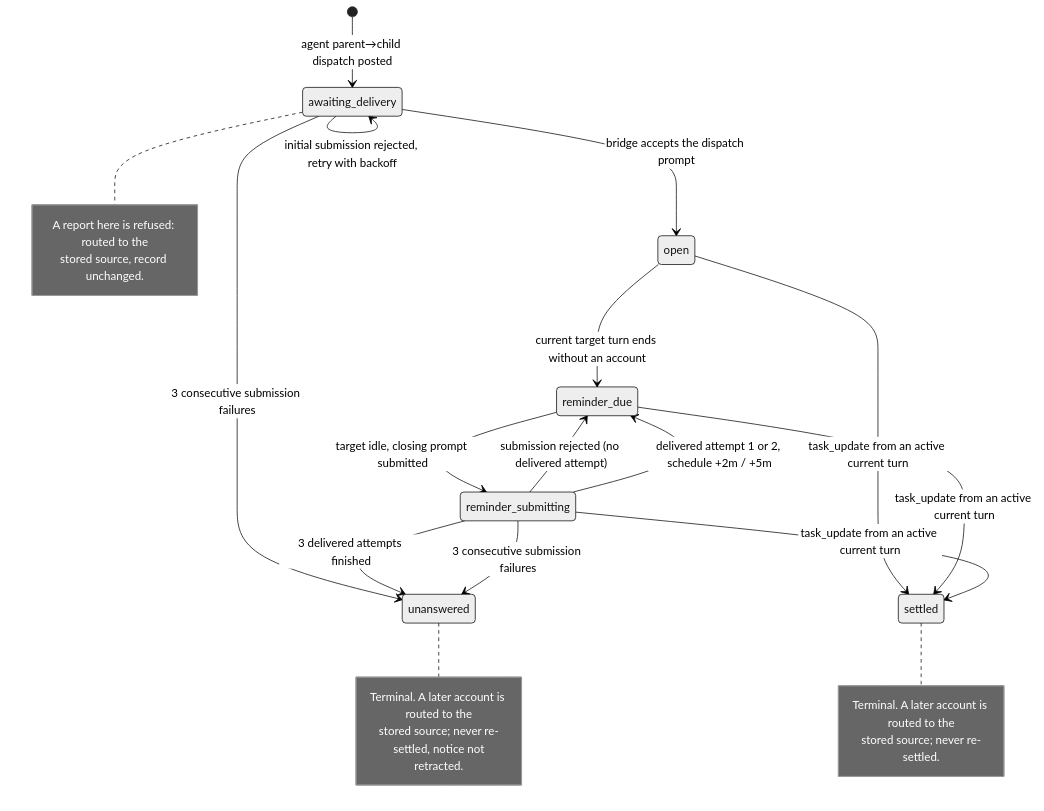
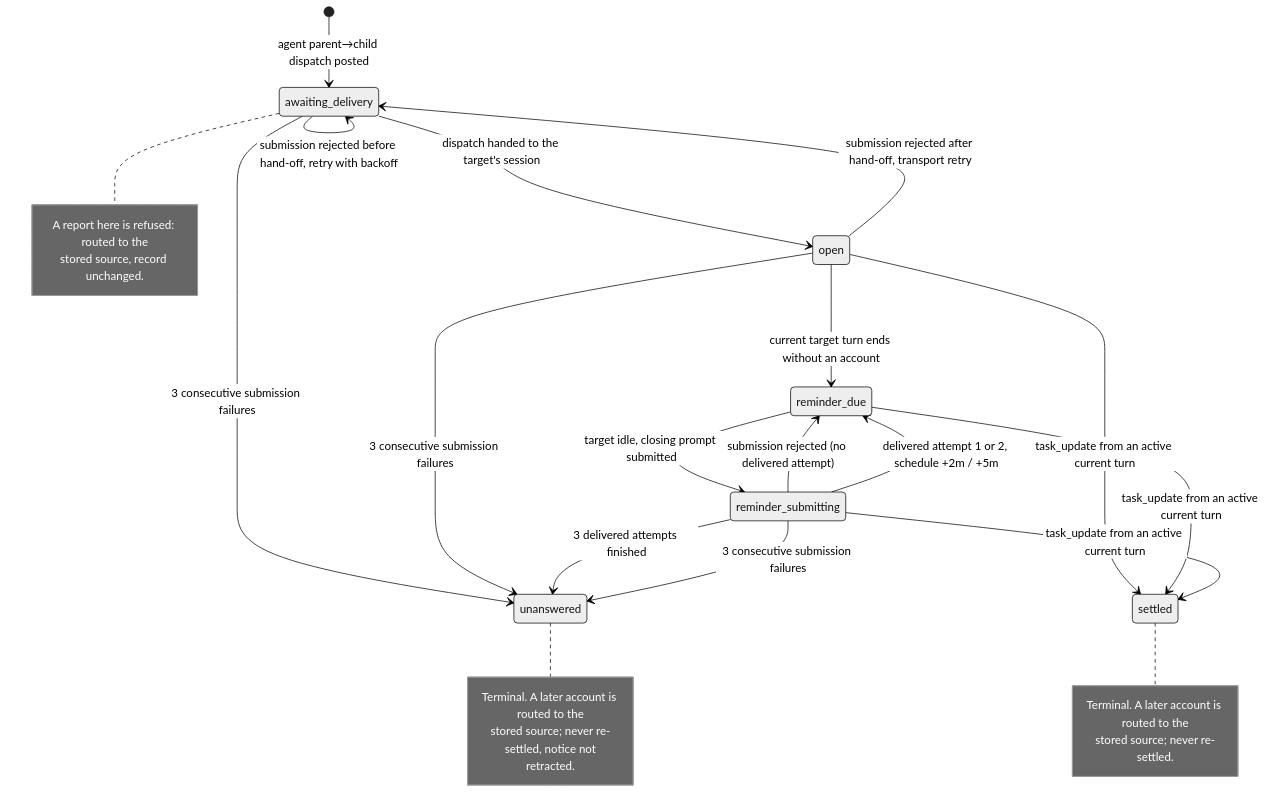
One commit to LelouchHe/webagent changed the first of 6 diagrams in docs/task-mcp.md. Above: the diagram before and after it, drawn with Mermaid (neutral theme). The commit also changed other lines of this file and 6 other files, not shown here.

First line of the commit message:
fix(tasks): open the obligation when the dispatch is handed to the target

````diff
--- a/docs/task-mcp.md
+++ b/docs/task-mcp.md
@@ -156,29 +161,31 @@
 ```mermaid
 stateDiagram-v2
     [*] --> awaiting_delivery: agent parent→child dispatch posted
-    awaiting_delivery --> open: bridge accepts the dispatch prompt
-    awaiting_delivery --> awaiting_delivery: initial submission rejected, retry with backoff
+    awaiting_delivery --> open: dispatch handed to the target's session
+    awaiting_delivery --> awaiting_delivery: submission rejected before hand-off, retry with backoff
     awaiting_delivery --> unanswered: 3 consecutive submission failures
+    open --> awaiting_delivery: submission rejected after hand-off, transport retry
+    open --> unanswered: 3 consecutive submission failures
     open --> reminder_due: current target turn ends without an account
     reminder_due --> reminder_submitting: target idle, closing prompt submitted
     reminder_submitting --> reminder_due: submission rejected (no delivered attempt)
     reminder_submitting --> reminder_due: delivered attempt 1 or 2, schedule +2m / +5m
     reminder_submitting --> unanswered: 3 delivered attempts finished
     reminder_submitting --> unanswered: 3 consecutive submission failures
     open --> settled: task_update from an active current turn
     reminder_due --> settled: task_update from an active current turn
     reminder_submitting --> settled: task_update from an active current turn
     note right of awaiting_delivery
       A report here is refused: routed to the
       stored source, record unchanged.
     end note
     note right of unanswered
       Terminal. A later account is routed to the
       stored source; never re-settled, notice not
       retracted.
     end note
     note right of settled
       Terminal. A later account is routed to the
       stored source; never re-settled.
     end note
 ```
````
